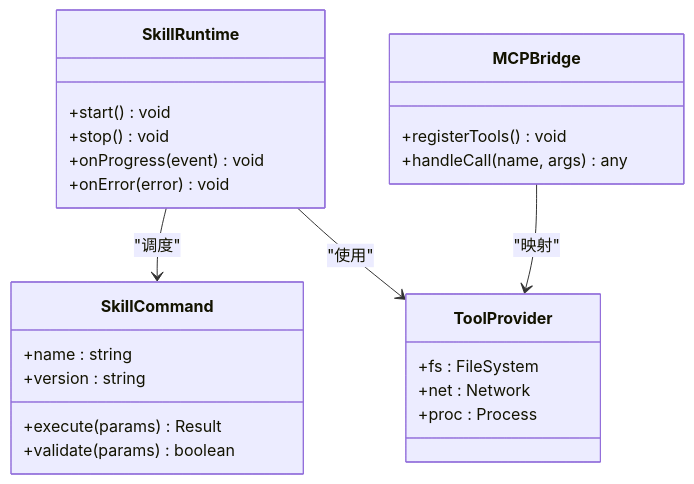
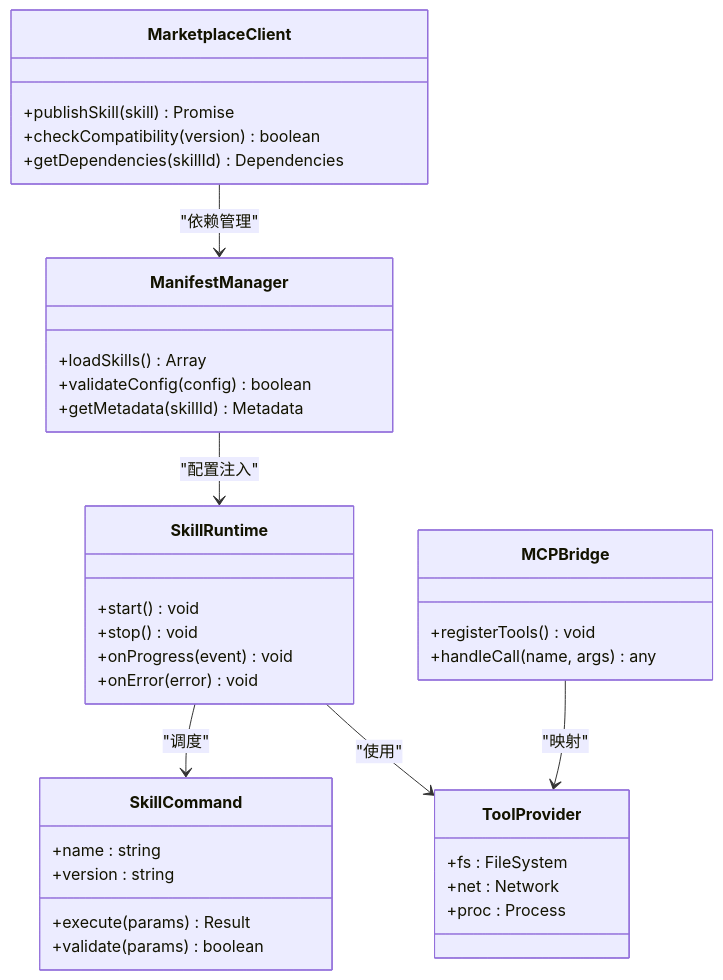
One commit to kkutysllb/KCoder changed the fourth of 6 diagrams in .qoder/repowiki/zh/content/项目概述/核心特性/技能系统/自定义技能开发.md. Above: the diagram before and after it, drawn with Mermaid. The commit also changed other lines of this file and 5 other files, not shown here.

````diff
--- a/.qoder/repowiki/zh/content/项目概述/核心特性/技能系统/自定义技能开发.md
+++ b/.qoder/repowiki/zh/content/项目概述/核心特性/技能系统/自定义技能开发.md
@@ -286,27 +324,39 @@
 ```mermaid
 classDiagram
 class SkillCommand {
 +name : string
 +version : string
 +execute(params) Result
 +validate(params) boolean
 }
 class SkillRuntime {
 +start() void
 +stop() void
 +onProgress(event) void
 +onError(error) void
 }
 class ToolProvider {
 +fs : FileSystem
 +net : Network
 +proc : Process
 }
 class MCPBridge {
 +registerTools() void
 +handleCall(name, args) any
 }
+class ManifestManager {
++loadSkills() Array
++validateConfig(config) boolean
++getMetadata(skillId) Metadata
+}
+class MarketplaceClient {
++publishSkill(skill) Promise
++checkCompatibility(version) boolean
++getDependencies(skillId) Dependencies
+}
 SkillRuntime --> SkillCommand : "调度"
 SkillRuntime --> ToolProvider : "使用"
 MCPBridge --> ToolProvider : "映射"
+ManifestManager --> SkillRuntime : "配置注入"
+MarketplaceClient --> ManifestManager : "依赖管理"
 ```
````
